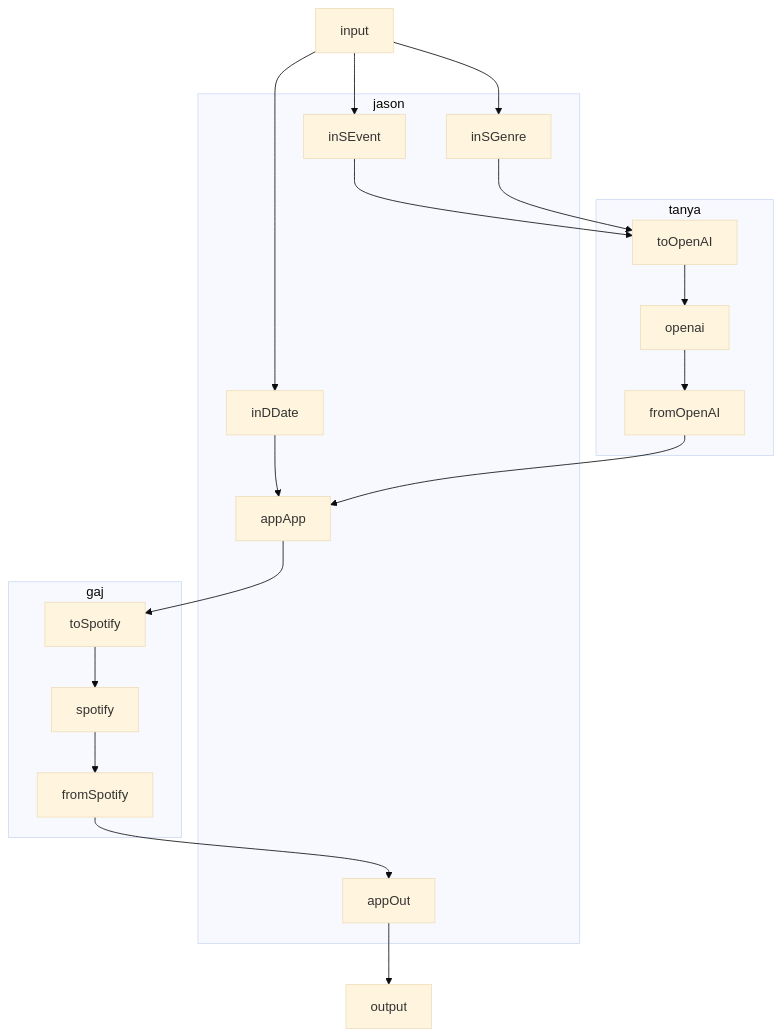
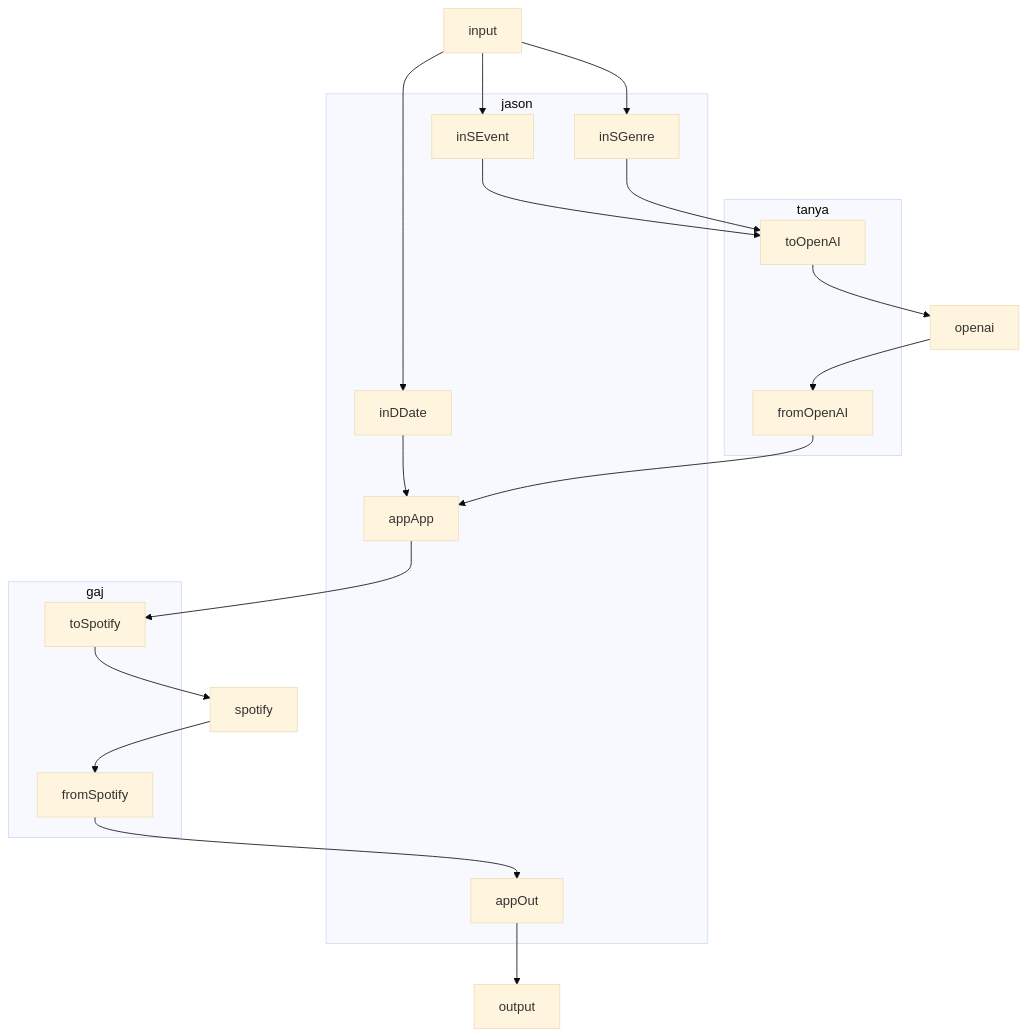
The diagram in docs/DATAFLOW.md (fac30/PRO03_Gaj_Jason_Max_Tania), drawn with Mermaid (base theme) before and after one commit. The commit also changed 2 other files, not shown here.

Commit message:
documentation

````diff
--- a/docs/DATAFLOW.md
+++ b/docs/DATAFLOW.md
@@ -3,38 +3,39 @@
 ```mermaid
     graph TD
 
     input
     output
     
     subgraph jason
         inSEvent
         inSGenre
         inDDate
         appApp
         appOut
     end
 
     subgraph tanya
         toOpenAI
-        openai
         fromOpenAI
     end
+    
+    openai
 
     subgraph gaj
         toSpotify
-        spotify
         fromSpotify
     end
 
+    spotify
 
     input --> inSEvent & inSGenre & inDDate
     inSEvent & inSGenre --> toOpenAI
     toOpenAI --> openai
     openai --> fromOpenAI
     inDDate & fromOpenAI --> appApp
     appApp --> toSpotify
     toSpotify --> spotify
     spotify --> fromSpotify
     fromSpotify --> appOut
     appOut --> output
 ```
````
